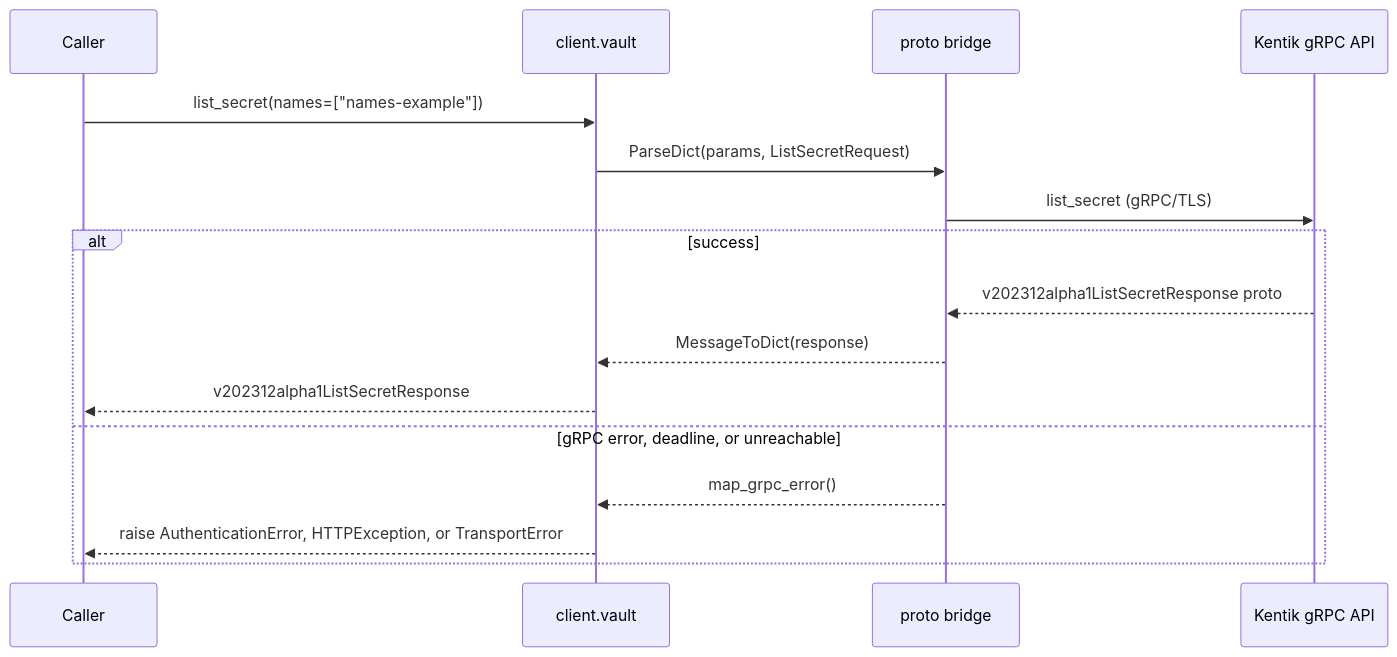
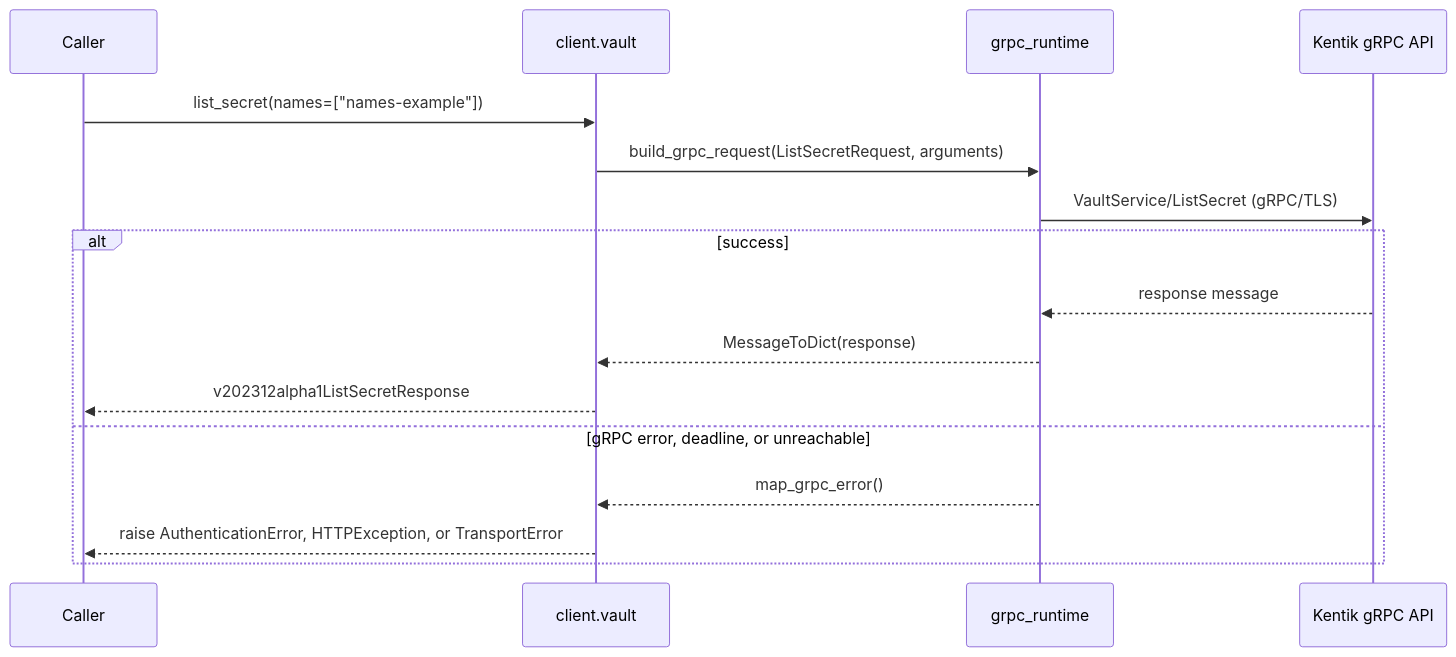
One commit to alexdearaujo/community_sdk_python changed the third of 6 diagrams in docs/sphinx/services/vault.md. Above: the diagram before and after it, drawn with Mermaid. The commit also changed other lines of this file and 37 other files, not shown here.

First line of the commit message:
docs: show the real RPC in each service page's gRPC diagram

````diff
--- a/docs/sphinx/services/vault.md
+++ b/docs/sphinx/services/vault.md
@@ -59,19 +59,19 @@
 ```mermaid
 sequenceDiagram
     participant C as Caller
     participant W as client.vault
-    participant B as proto bridge
+    participant R as grpc_runtime
     participant API as Kentik gRPC API
 
     C->>W: list_secret(names=["names-example"])
-    W->>B: ParseDict(params, ListSecretRequest)
-    B->>API: list_secret (gRPC/TLS)
+    W->>R: build_grpc_request(ListSecretRequest, arguments)
+    R->>API: VaultService/ListSecret (gRPC/TLS)
     alt success
-        API-->>B: v202312alpha1ListSecretResponse proto
-        B-->>W: MessageToDict(response)
+        API-->>R: response message
+        R-->>W: MessageToDict(response)
         W-->>C: v202312alpha1ListSecretResponse
     else gRPC error, deadline, or unreachable
-        B-->>W: map_grpc_error()
+        R-->>W: map_grpc_error()
         W-->>C: raise AuthenticationError, HTTPException, or TransportError
     end
 ```
````
